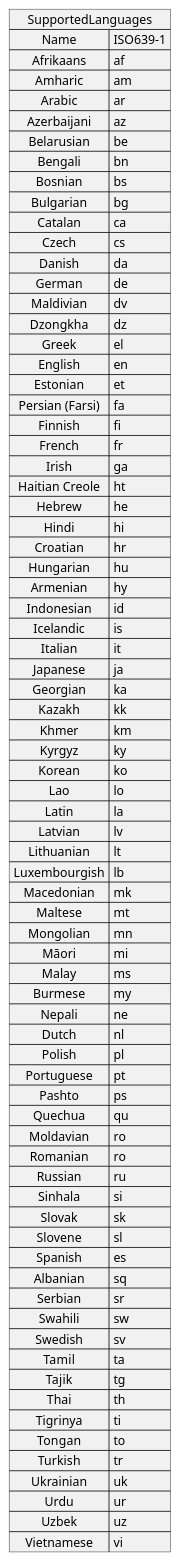
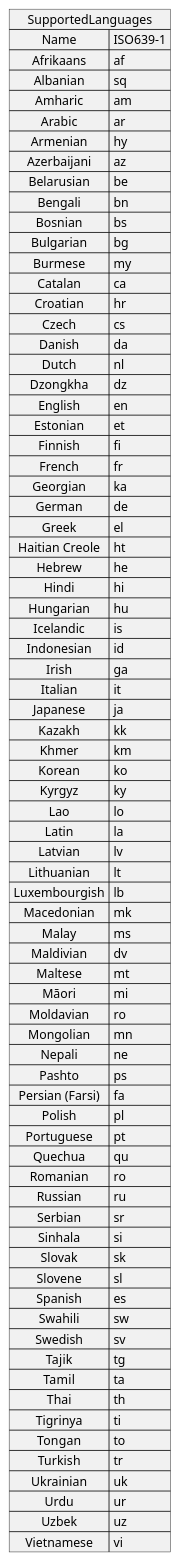
The diagram in OpenDMSBackend/Other/Resources/SupportedLanguages/Other/Reference/ReferenceContent/images/SupportedLanguages.plantuml (anionDevelopment/OpenDMS), drawn with PlantUML before and after one commit. The commit also changed other lines of this file and 11 other files, not shown here.

```diff
--- a/OpenDMSBackend/Other/Resources/SupportedLanguages/Other/Reference/ReferenceContent/images/SupportedLanguages.plantuml
+++ b/OpenDMSBackend/Other/Resources/SupportedLanguages/Other/Reference/ReferenceContent/images/SupportedLanguages.plantuml
@@ -1,80 +1,80 @@
 @startuml Supported languages
 'This file is generated.
 map SupportedLanguages {
 Name => ISO639-1
   Afrikaans => af
+  Albanian => sq
   Amharic => am
   Arabic => ar
+  Armenian => hy
   Azerbaijani => az
   Belarusian => be
   Bengali => bn
   Bosnian => bs
   Bulgarian => bg
+  Burmese => my
   Catalan => ca
+  Croatian => hr
   Czech => cs
   Danish => da
-  German => de
-  Maldivian => dv
+  Dutch => nl
   Dzongkha => dz
-  Greek => el
   English => en
   Estonian => et
-  Persian (Farsi) => fa
   Finnish => fi
   French => fr
-  Irish => ga
+  Georgian => ka
+  German => de
+  Greek => el
   Haitian Creole => ht
   Hebrew => he
   Hindi => hi
-  Croatian => hr
   Hungarian => hu
-  Armenian => hy
+  Icelandic => is
   Indonesian => id
-  Icelandic => is
+  Irish => ga
   Italian => it
   Japanese => ja
-  Georgian => ka
   Kazakh => kk
   Khmer => km
+  Korean => ko
   Kyrgyz => ky
-  Korean => ko
   Lao => lo
   Latin => la
   Latvian => lv
   Lithuanian => lt
   Luxembourgish => lb
   Macedonian => mk
+  Malay => ms
+  Maldivian => dv
   Maltese => mt
+  Māori => mi
+  Moldavian => ro
   Mongolian => mn
-  Māori => mi
-  Malay => ms
-  Burmese => my
   Nepali => ne
-  Dutch => nl
+  Pashto => ps
+  Persian (Farsi) => fa
   Polish => pl
   Portuguese => pt
-  Pashto => ps
   Quechua => qu
-  Moldavian => ro
   Romanian => ro
   Russian => ru
+  Serbian => sr
   Sinhala => si
   Slovak => sk
   Slovene => sl
   Spanish => es
-  Albanian => sq
-  Serbian => sr
   Swahili => sw
   Swedish => sv
+  Tajik => tg
   Tamil => ta
-  Tajik => tg
   Thai => th
   Tigrinya => ti
   Tongan => to
   Turkish => tr
   Ukrainian => uk
   Urdu => ur
   Uzbek => uz
   Vietnamese => vi
 }
 @enduml
```
